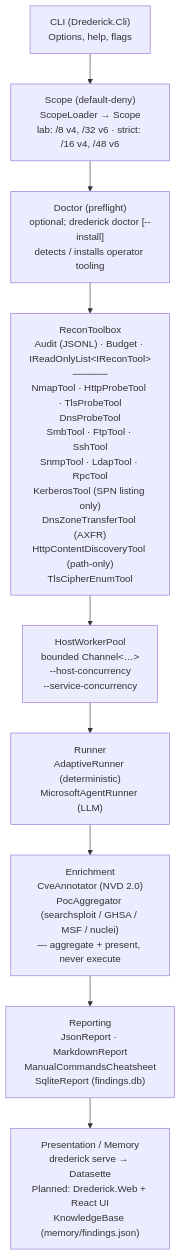
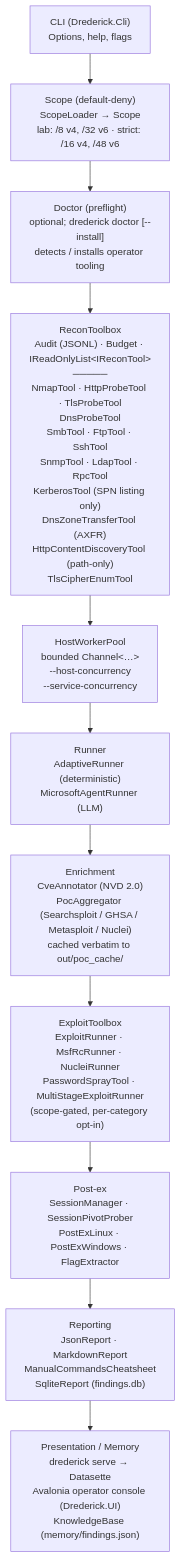
One commit to SchwartzKamel/drederick changed the diagram in docs/ARCHITECTURE.md. Above: the diagram before and after it, drawn with Mermaid. The commit also changed other lines of this file and 17 other files, not shown here.

````diff
--- a/docs/ARCHITECTURE.md
+++ b/docs/ARCHITECTURE.md
@@ -39,14 +62,16 @@
 ```mermaid
 flowchart TD
     CLI["CLI (Drederick.Cli)<br/>Options, help, flags"]
     Scope["Scope (default-deny)<br/>ScopeLoader → Scope<br/>lab: /8 v4, /32 v6 · strict: /16 v4, /48 v6"]
     Doctor["Doctor (preflight)<br/>optional; drederick doctor [--install]<br/>detects / installs operator tooling"]
     Toolbox["ReconToolbox<br/>Audit (JSONL) · Budget · IReadOnlyList&lt;IReconTool&gt;<br/>─────<br/>NmapTool · HttpProbeTool · TlsProbeTool<br/>DnsProbeTool<br/>SmbTool · FtpTool · SshTool<br/>SnmpTool · LdapTool · RpcTool<br/>KerberosTool (SPN listing only)<br/>DnsZoneTransferTool (AXFR)<br/>HttpContentDiscoveryTool (path-only)<br/>TlsCipherEnumTool"]
     Pool["HostWorkerPool<br/>bounded Channel&lt;…&gt;<br/>--host-concurrency<br/>--service-concurrency"]
     Runner["Runner<br/>AdaptiveRunner (deterministic)<br/>MicrosoftAgentRunner (LLM)"]
-    Enrich["Enrichment<br/>CveAnnotator (NVD 2.0)<br/>PocAggregator (searchsploit / GHSA / MSF / nuclei)<br/>— aggregate + present, never execute"]
+    Enrich["Enrichment<br/>CveAnnotator (NVD 2.0)<br/>PocAggregator (Searchsploit / GHSA / Metasploit / Nuclei)<br/>cached verbatim to out/poc_cache/"]
+    Exploit["ExploitToolbox<br/>ExploitRunner · MsfRcRunner · NucleiRunner<br/>PasswordSprayTool · MultiStageExploitRunner<br/>(scope-gated, per-category opt-in)"]
+    PostEx["Post-ex<br/>SessionManager · SessionPivotProber<br/>PostExLinux · PostExWindows · FlagExtractor"]
     Report["Reporting<br/>JsonReport · MarkdownReport<br/>ManualCommandsCheatsheet<br/>SqliteReport (findings.db)"]
-    Present["Presentation / Memory<br/>drederick serve → Datasette<br/>Planned: Drederick.Web + React UI<br/>KnowledgeBase (memory/findings.json)"]
+    Present["Presentation / Memory<br/>drederick serve → Datasette<br/>Avalonia operator console (Drederick.UI)<br/>KnowledgeBase (memory/findings.json)"]
 
-    CLI --> Scope --> Doctor --> Toolbox --> Pool --> Runner --> Enrich --> Report --> Present
+    CLI --> Scope --> Doctor --> Toolbox --> Pool --> Runner --> Enrich --> Exploit --> PostEx --> Report --> Present
 ```
````
